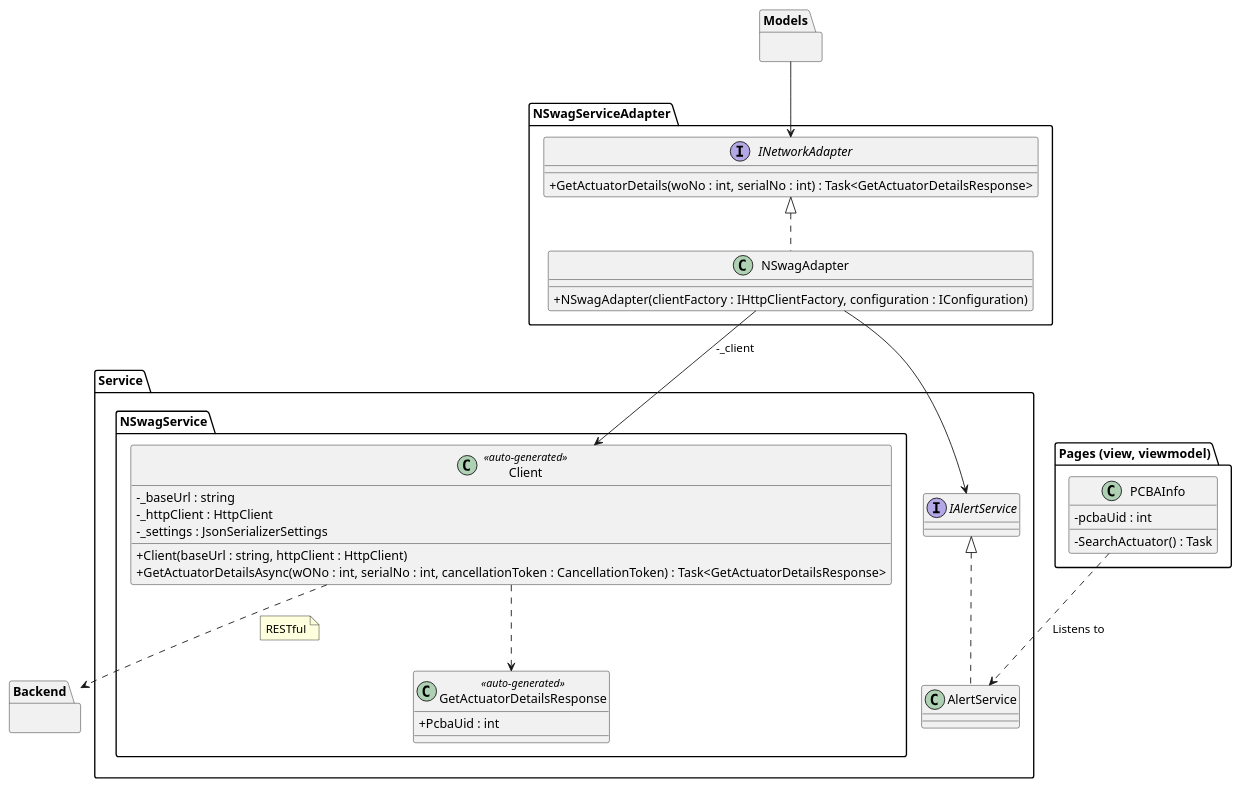
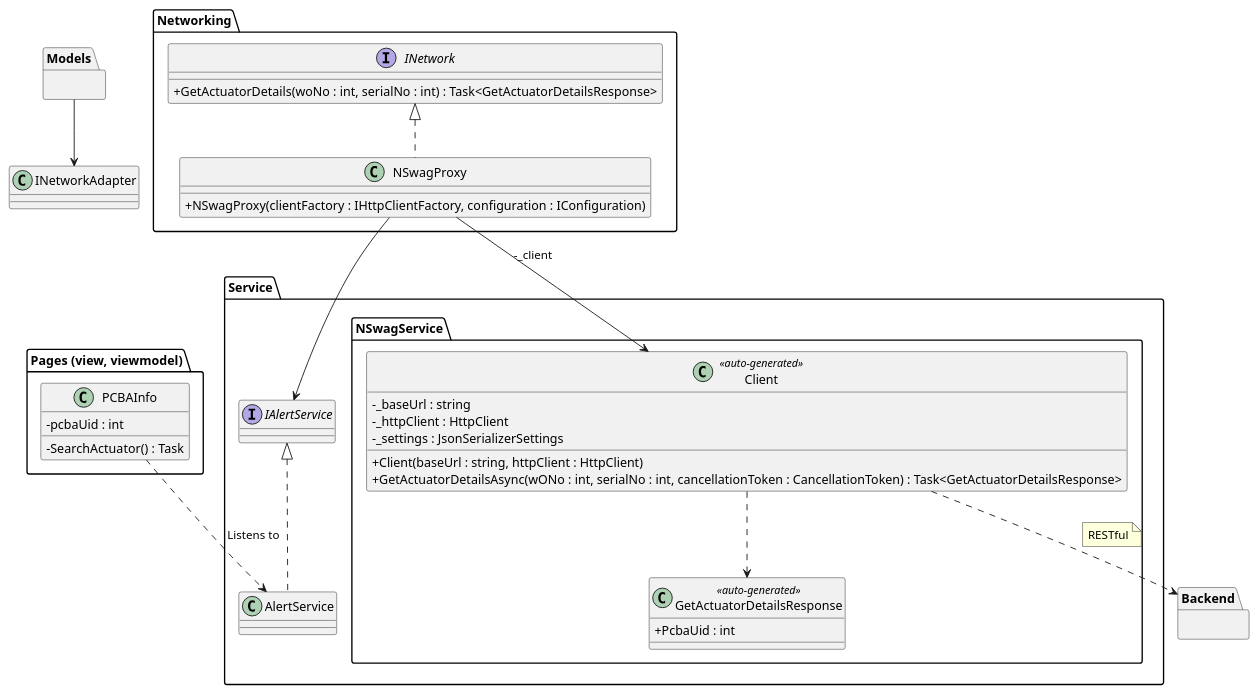
The diagram in Frontend/FronendNetworking.puml (BastianVIA/BPR), drawn with PlantUML before and after one commit.

Commit message:
chore(1): Update networking class diagram

```diff
--- a/Frontend/FronendNetworking.puml
+++ b/Frontend/FronendNetworking.puml
@@ -1,67 +1,67 @@
 @startuml
 skinparam classAttributeIconSize 0
 
-package NSwagServiceAdapter {
-    interface INetworkAdapter {
+package Networking {
+    interface INetwork {
         +GetActuatorDetails(woNo : int, serialNo : int) : Task<GetActuatorDetailsResponse>
     }
     
-    class NSwagAdapter {
-        +NSwagAdapter(clientFactory : IHttpClientFactory, configuration : IConfiguration)
+    class NSwagProxy {
+        +NSwagProxy(clientFactory : IHttpClientFactory, configuration : IConfiguration)
     }
     
-    INetworkAdapter <|.. NSwagAdapter
+    INetwork <|.. NSwagProxy
 }
 package "Pages (view, viewmodel)" {
     class PCBAInfo {
         -pcbaUid : int
         -SearchActuator() : Task
     }
 }
 
 package Models {
 
 }
 
 
 package "Service" {
     package "NSwagService" {
         class Client <<auto-generated>> {
             -_baseUrl : string
             -_httpClient : HttpClient
             -_settings : JsonSerializerSettings      
             +Client(baseUrl : string, httpClient : HttpClient) 
             +GetActuatorDetailsAsync(wONo : int, serialNo : int, cancellationToken : CancellationToken) : Task<GetActuatorDetailsResponse>
         }
         
         class GetActuatorDetailsResponse <<auto-generated>> {
             +PcbaUid : int
         }
         
         Client ..> GetActuatorDetailsResponse
     }
     
     class AlertService {
             
             }
     interface IAlertService {
     }
     
     IAlertService <|.. AlertService
 }
 
 Models --> INetworkAdapter
-NSwagAdapter --> Client : -_client
-NSwagAdapter --> IAlertService
+NSwagProxy --> Client : -_client
+NSwagProxy --> IAlertService
 PCBAInfo ..> AlertService : Listens to
 
 package Backend{
 
 }
 
 Client ..> Backend
 note right on link
     RESTful
 end note
 
 @enduml
```
